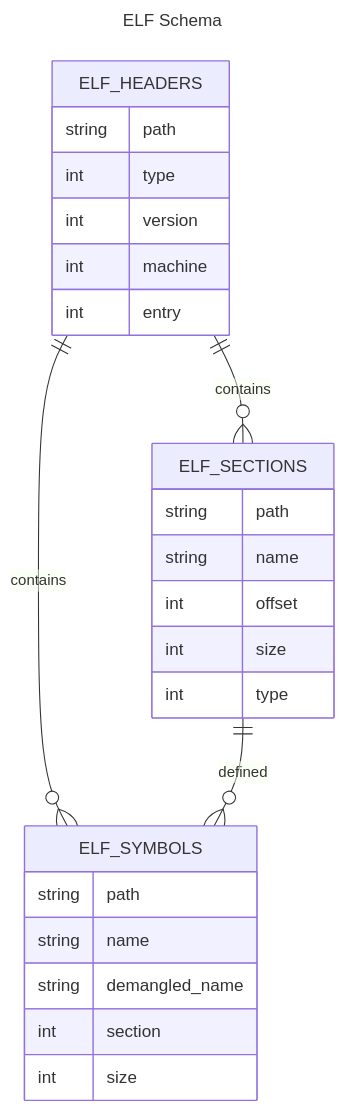
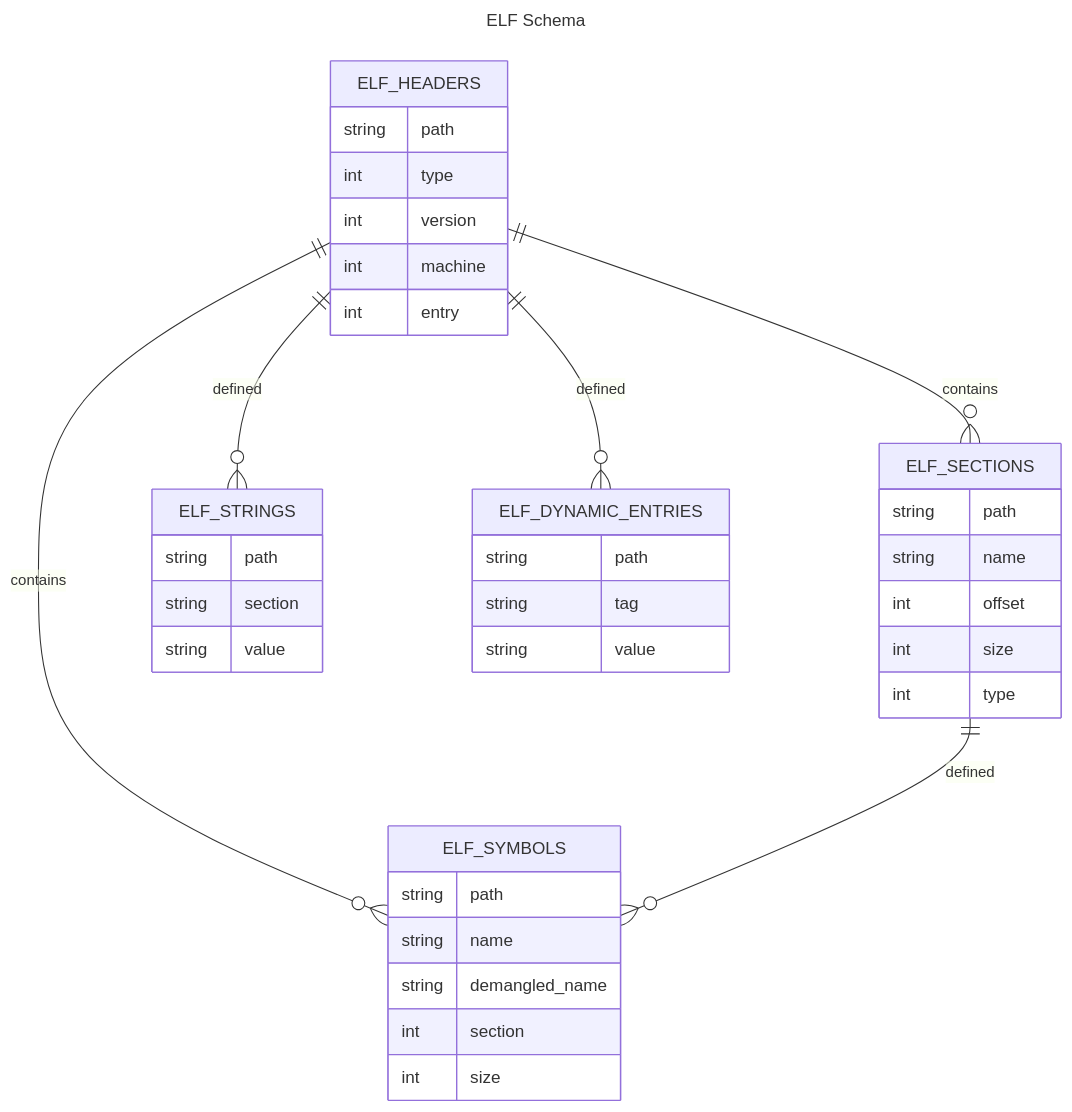
The diagram in README.md (fzakaria/sqlelf), drawn with Mermaid before and after one commit. The commit also changed other lines of this file and 3 other files, not shown here.

First line of the commit message:
feat: add strings and dynamic tables

````diff
--- a/README.md
+++ b/README.md
@@ -12,31 +12,42 @@
 ```mermaid
 ---
 title: ELF Schema
 ---
 erDiagram
     ELF_HEADERS ||--o{ ELF_SECTIONS : contains
     ELF_HEADERS {
         string path
         int type
         int version
         int machine
         int entry
     }
     ELF_SECTIONS {
         string path
         string name
         int offset
         int size
         int type
     }
     ELF_HEADERS ||--o{ ELF_SYMBOLS : contains
     ELF_SECTIONS ||--o{ ELF_SYMBOLS : defined
     ELF_SYMBOLS {
         string path
         string name
         string demangled_name
         int section
         int size
     }
-
+    ELF_HEADERS ||--o{ ELF_STRINGS : defined
+    ELF_STRINGS {
+        string path
+        string section
+        string value
+    }
+    ELF_HEADERS ||--o{ ELF_DYNAMIC_ENTRIES : defined
+    ELF_DYNAMIC_ENTRIES {
+        string path
+        string tag
+        string value
+    }
 ```
````
